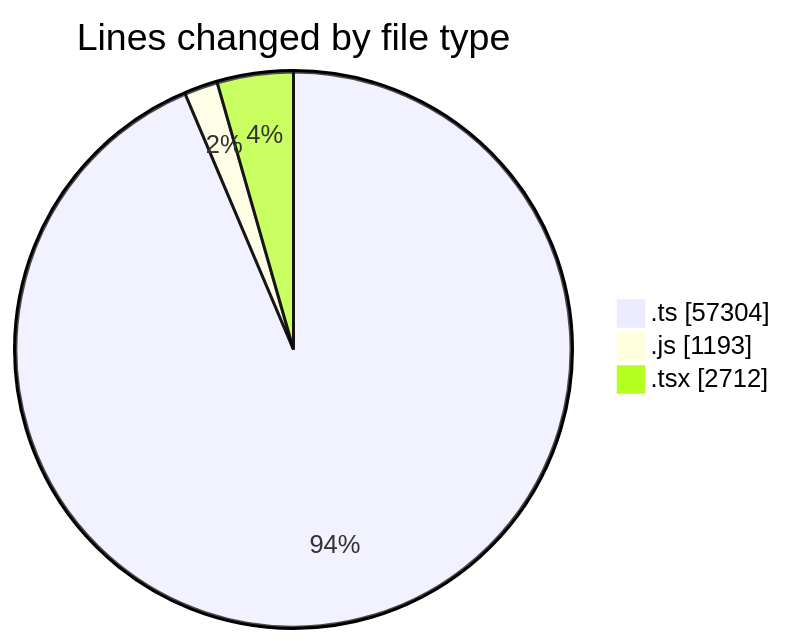
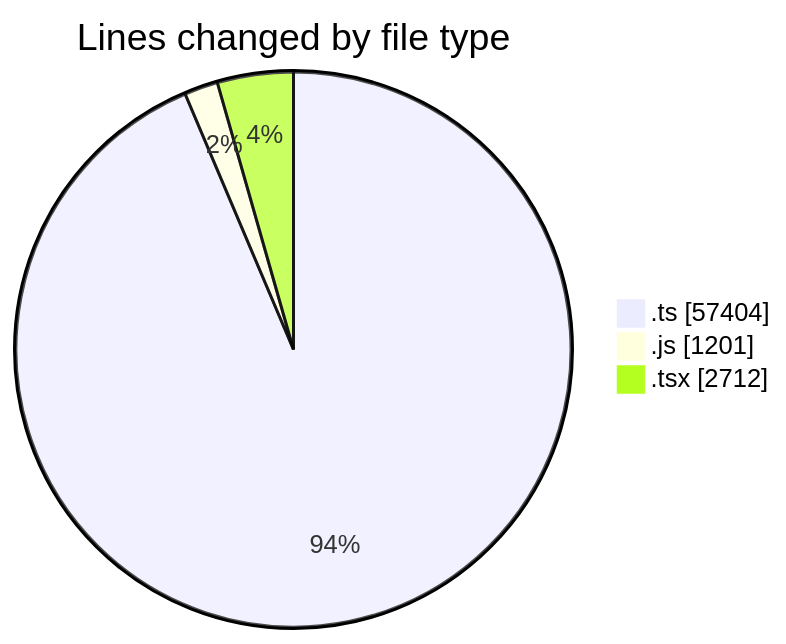
One commit to momahboobian/code-tracking changed the first of 2 diagrams in 2026-11-03/cda/README.md. Above: the diagram before and after it, drawn with Mermaid. The commit also changed other lines of this file and 1 other file, not shown here.

````diff
--- a/2026-11-03/cda/README.md
+++ b/2026-11-03/cda/README.md
@@ -51,7 +51,7 @@
 ```mermaid
 pie showData
 title Lines changed by file type
-".ts" : 57304
-".js" : 1193
+".ts" : 57404
+".js" : 1201
 ".tsx" : 2712
 ```
````
